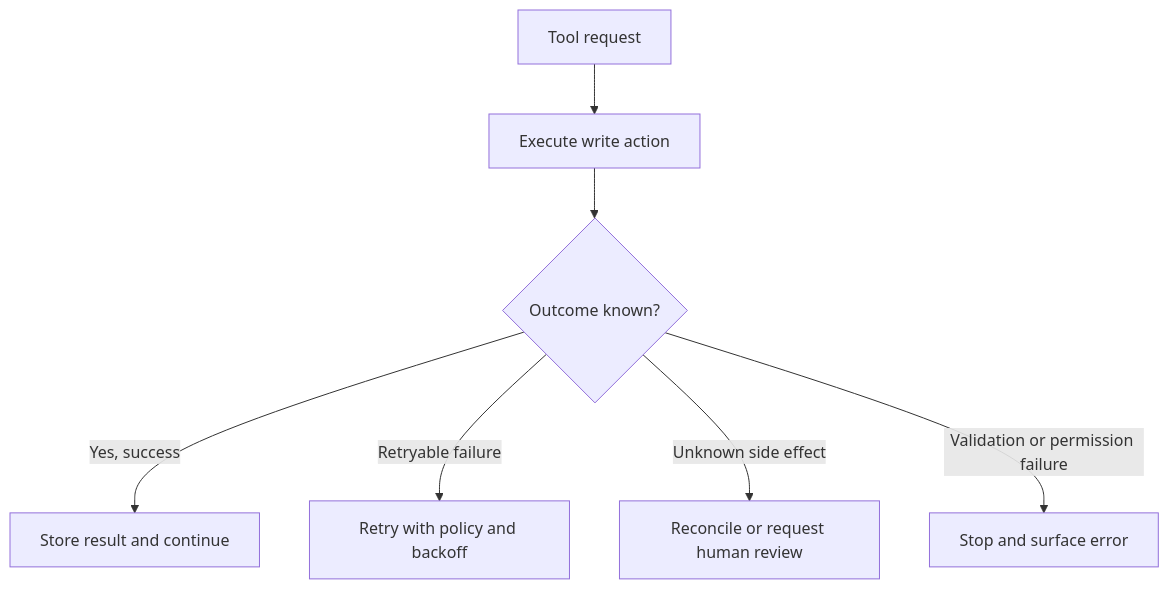
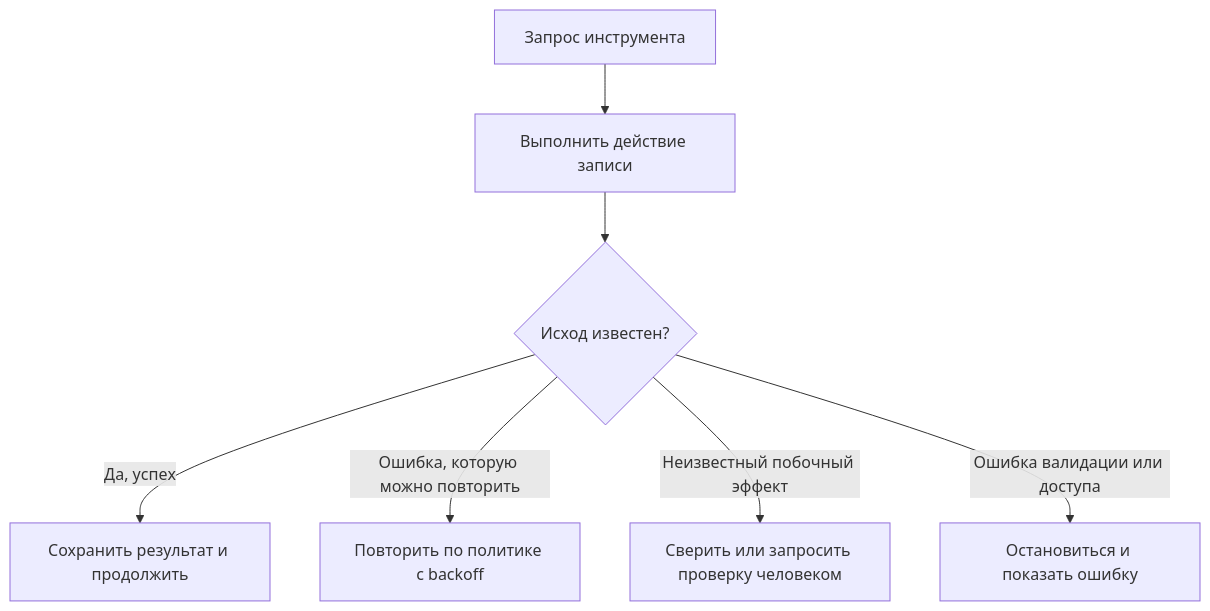
One commit to agent-axiom/agent-arch changed the diagram in docs/book/part-iv/chapter-10.md. Above: the diagram before and after it, drawn with Mermaid. The commit also changed other lines of this file, not shown here.

````diff
--- a/docs/book/part-iv/chapter-10.md
+++ b/docs/book/part-iv/chapter-10.md
@@ -118,9 +118,9 @@
 ``` mermaid
 flowchart TD
-    A["Tool request"] --> B["Execute write action"]
-    B --> C{"Outcome known?"}
-    C -->|Yes, success| D["Store result and continue"]
-    C -->|Retryable failure| E["Retry with policy and backoff"]
-    C -->|Unknown side effect| F["Reconcile or request human review"]
-    C -->|Validation or permission failure| G["Stop and surface error"]
+    A["Запрос инструмента"] --> B["Выполнить действие записи"]
+    B --> C{"Исход известен?"}
+    C -->|Да, успех| D["Сохранить результат и продолжить"]
+    C -->|Ошибка, которую можно повторить| E["Повторить по политике с backoff"]
+    C -->|Неизвестный побочный эффект| F["Сверить или запросить проверку человеком"]
+    C -->|Ошибка валидации или доступа| G["Остановиться и показать ошибку"]
 ```
````
